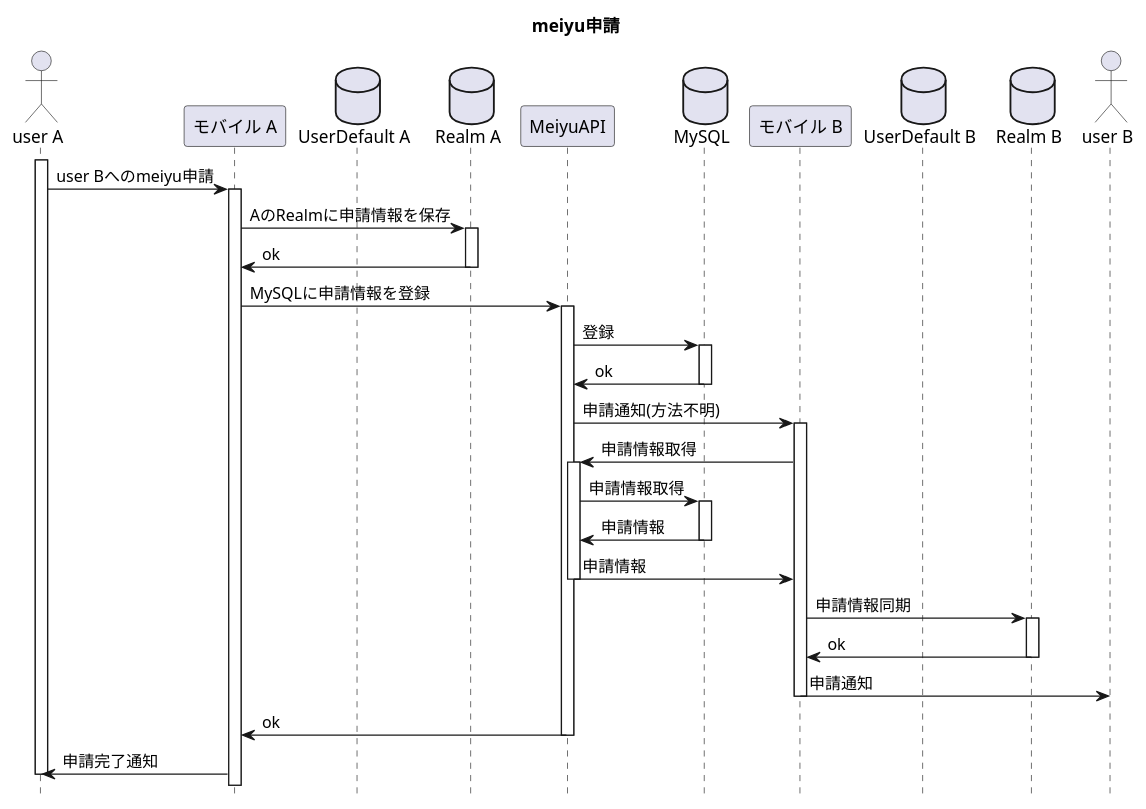
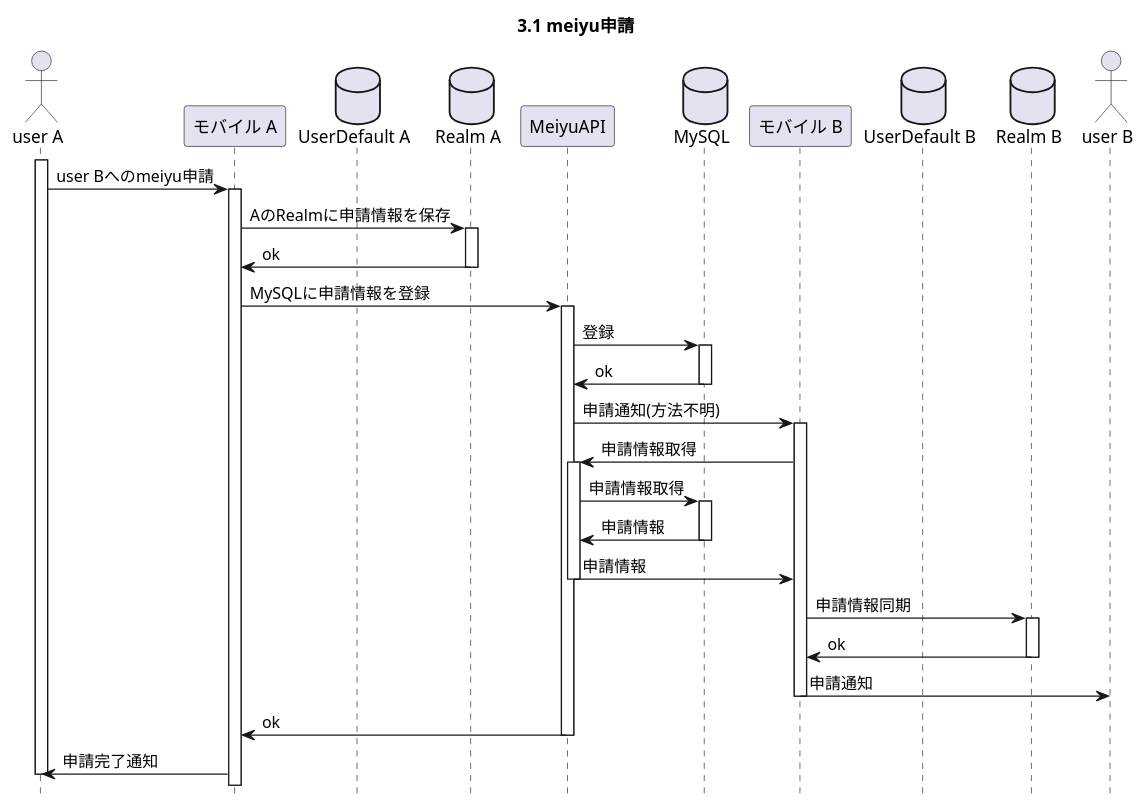
The diagram in 設計ドキュメント/シーケンス図/3_申請系/1_meiyu申請.puml (bobMurai/meiyu_api), drawn with PlantUML before and after one commit.

Commit message:
UCのIDをタイトルに設定

```diff
--- a/設計ドキュメント/シーケンス図/3_申請系/1_meiyu申請.puml
+++ b/設計ドキュメント/シーケンス図/3_申請系/1_meiyu申請.puml
@@ -1,64 +1,64 @@
 @startuml
-title meiyu申請
+title 3.1 meiyu申請
 hide footbox
 
 actor "user A" as user_a
 participant "モバイル A" as mobile_a
 database "UserDefault A" as user_default_a
 database "Realm A" as realm_a
 participant "MeiyuAPI" as meiyu_api
 database "MySQL" as mysql
 participant "モバイル B" as mobile_b
 database "UserDefault B" as user_default_b
 database "Realm B" as realm_b
 actor "user B" as user_b
 
 
 activate user_a
 user_a -> mobile_a : user Bへのmeiyu申請
 
 activate mobile_a
 mobile_a -> realm_a : AのRealmに申請情報を保存
 
 activate realm_a
 realm_a -> mobile_a : ok
 deactivate realm_a
 
 mobile_a -> meiyu_api : MySQLに申請情報を登録
 
 activate meiyu_api
 meiyu_api -> mysql : 登録
 
 activate mysql
 mysql -> meiyu_api : ok
 deactivate mysql
 
 meiyu_api -> mobile_b : 申請通知(方法不明)
 activate mobile_b
 mobile_b -> meiyu_api : 申請情報取得
 
 activate meiyu_api
 meiyu_api -> mysql : 申請情報取得
 
 activate mysql
 mysql -> meiyu_api : 申請情報
 deactivate mysql
 
 meiyu_api -> mobile_b : 申請情報
 deactivate meiyu_api
 
 mobile_b -> realm_b : 申請情報同期
 
 activate realm_b
 realm_b -> mobile_b : ok
 deactivate realm_b
 
 mobile_b -> user_b : 申請通知
 deactivate mobile_b
 
 meiyu_api -> mobile_a : ok
 deactivate meiyu_api
 
 mobile_a -> user_a : 申請完了通知
 deactivate user_a
 @enduml
```
